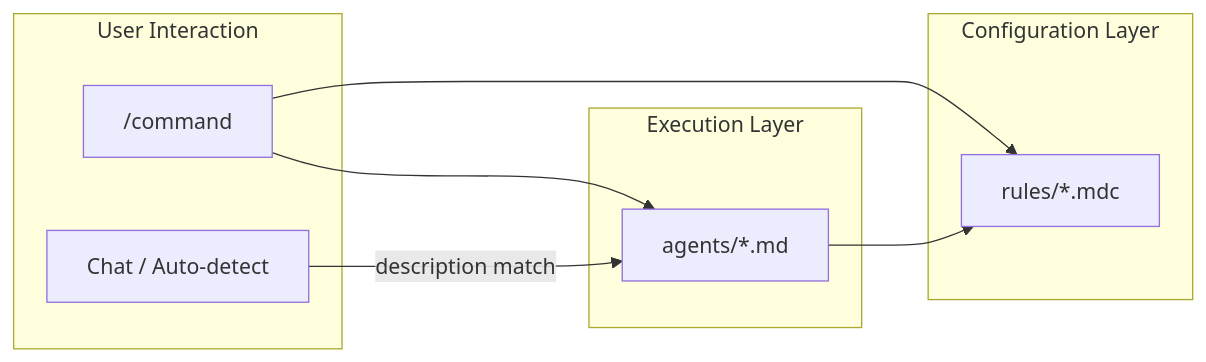
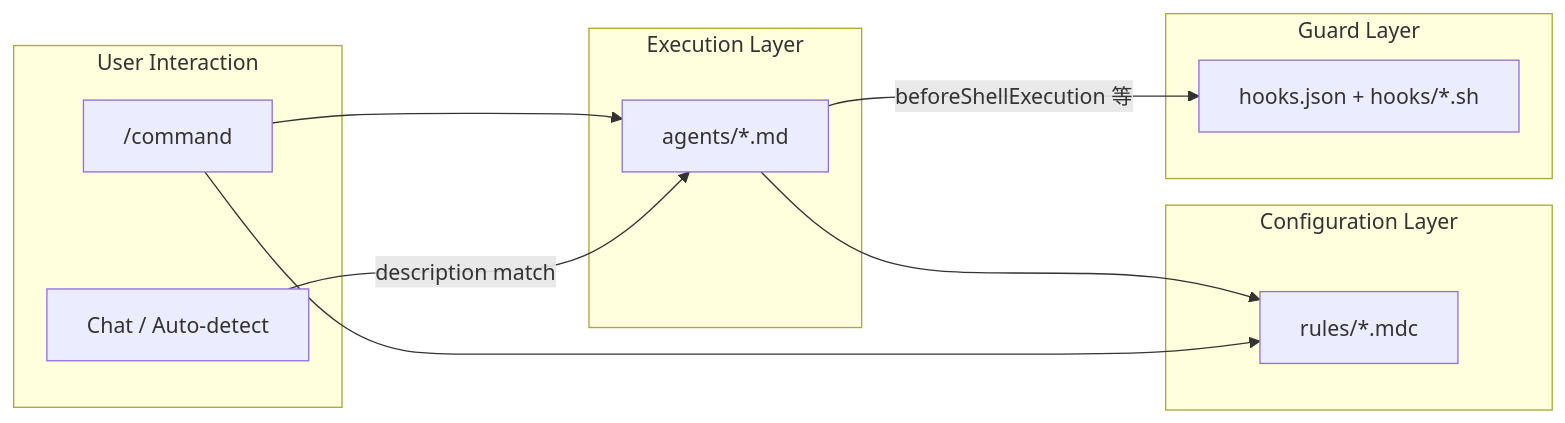
One commit to yug1224/dotfiles changed the first of 2 diagrams in packages/cursor/README.md. Above: the diagram before and after it, drawn with Mermaid. The commit also changed other lines of this file and 4 other files, not shown here.

````diff
--- a/packages/cursor/README.md
+++ b/packages/cursor/README.md
@@ -19,17 +21,21 @@
 ```mermaid
 flowchart LR
     subgraph user [User Interaction]
         Command["/command"]
         Chat["Chat / Auto-detect"]
     end
     subgraph execution [Execution Layer]
         Agent["agents/*.md"]
     end
     subgraph config [Configuration Layer]
         Rule["rules/*.mdc"]
     end
+    subgraph guard [Guard Layer]
+        Hook["hooks.json + hooks/*.sh"]
+    end
     Command --> Agent
     Chat -->|"description match"| Agent
     Agent --> Rule
     Command --> Rule
+    Agent -->|"beforeShellExecution 等"| Hook
 ```
````
